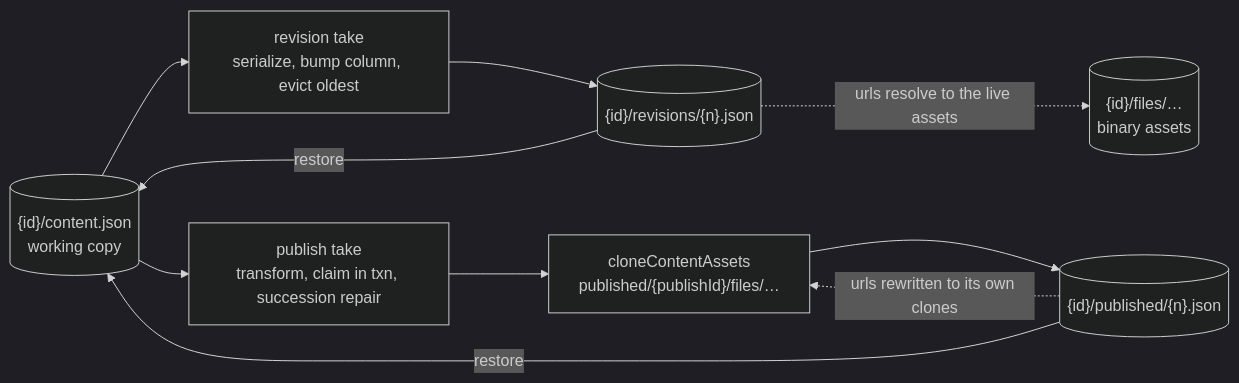
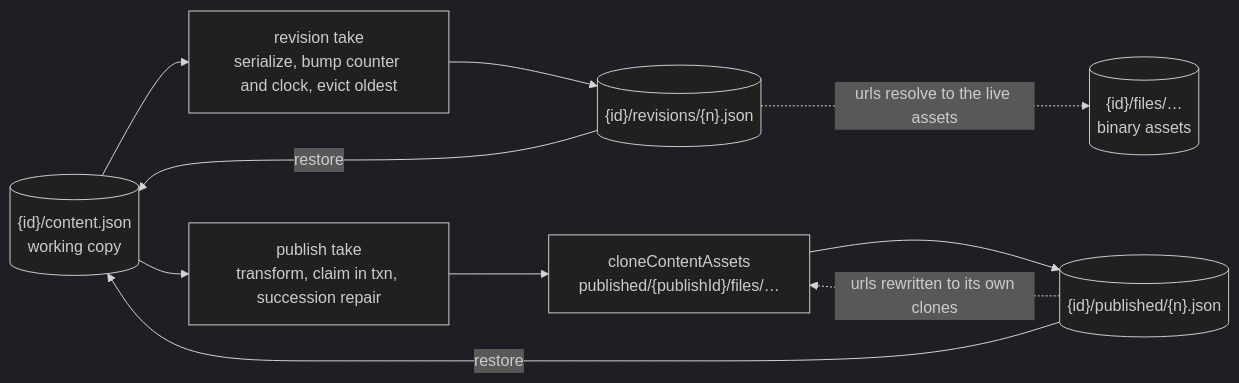
Before and after one commit to Esposter/Esposter: the first of 2 diagrams in apps/web/content/docs/platform/resource-snapshots.md, drawn with Mermaid (dark theme). The commit also changed other lines of this file and 40 other files, not shown here.

````diff
--- a/apps/web/content/docs/platform/resource-snapshots.md
+++ b/apps/web/content/docs/platform/resource-snapshots.md
@@ -51,17 +51,17 @@
 ```mermaid
 flowchart LR
   WORK[("{id}/content.json<br/>working copy")]
   FILES[("{id}/files/…<br/>binary assets")]
 
-  WORK --> TAKEREV["revision take<br/>serialize, bump column, evict oldest"]
+  WORK --> TAKEREV["revision take<br/>serialize, bump counter and clock, evict oldest"]
   WORK --> TAKEPUB["publish take<br/>transform, claim in txn, succession repair"]
 
   TAKEREV --> REV[("{id}/revisions/{n}.json")]
   TAKEPUB --> CLONE["cloneContentAssets<br/>published/{publishId}/files/…"]
   CLONE --> PUB[("{id}/published/{n}.json")]
 
   REV -.->|"urls resolve to the live assets"| FILES
   PUB -.->|"urls rewritten to its own clones"| CLONE
   REV -->|restore| WORK
   PUB -->|restore| WORK
 ```
````
